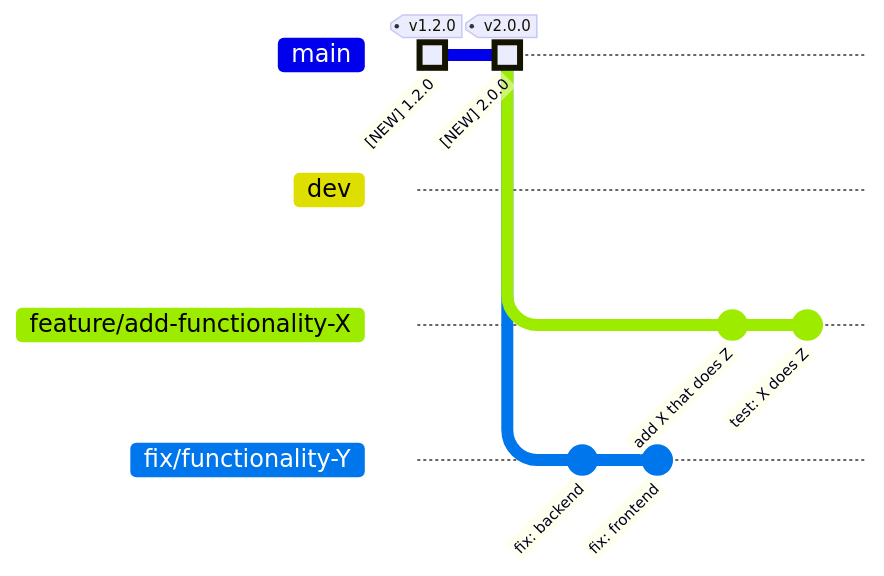
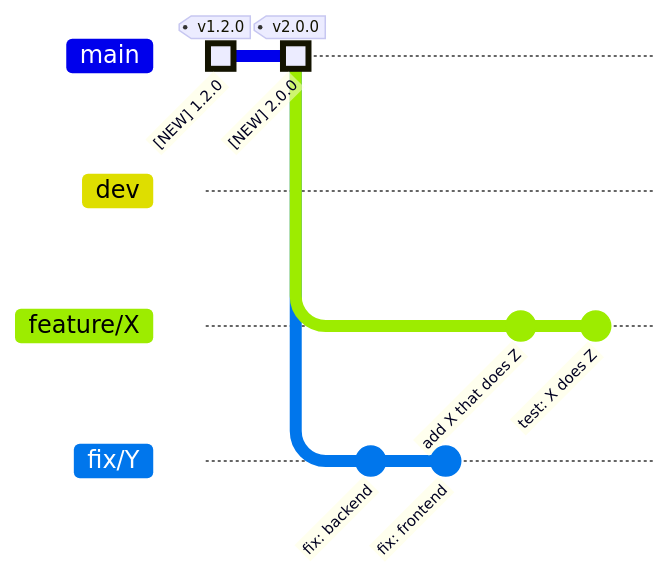
Before and after one commit to boromir674/automated-workflows: the second of 5 diagrams in docs/tutorials/branch_model_tutorial.md, drawn with Mermaid. The commit also changed other lines of this file and 2 other files, not shown here.

Commit message:
docs: update Site Navigation and 'Branch Model' Tutorial

````diff
--- a/docs/tutorials/branch_model_tutorial.md
+++ b/docs/tutorials/branch_model_tutorial.md
@@ -118,21 +118,21 @@
 ```mermaid
 %%{init: { 'logLevel': 'debug', 'gitGraph': {'showBranches': true, 
 'rotateCommitLabel': true,
 'showCommitLabel':true,'mainBranchName': 'main'}} }%%
 
 gitGraph
     commit id: "[NEW] 1.2.0" type: HIGHLIGHT tag: "v1.2.0"
     commit id: "[NEW] 2.0.0" type: HIGHLIGHT tag: "v2.0.0"
 
     branch dev
-    branch "feature/add-functionality-X"
-    branch "fix/functionality-Y"
+    branch "feature/X"
+    branch "fix/Y"
 
-    checkout "fix/functionality-Y"
+    checkout "fix/Y"
     commit id: "fix: backend"
     commit id: "fix: frontend"
 
-    checkout "feature/add-functionality-X"
+    checkout "feature/X"
     commit id: "add X that does Z"
     commit id: "test: X does Z"
 ```
````
